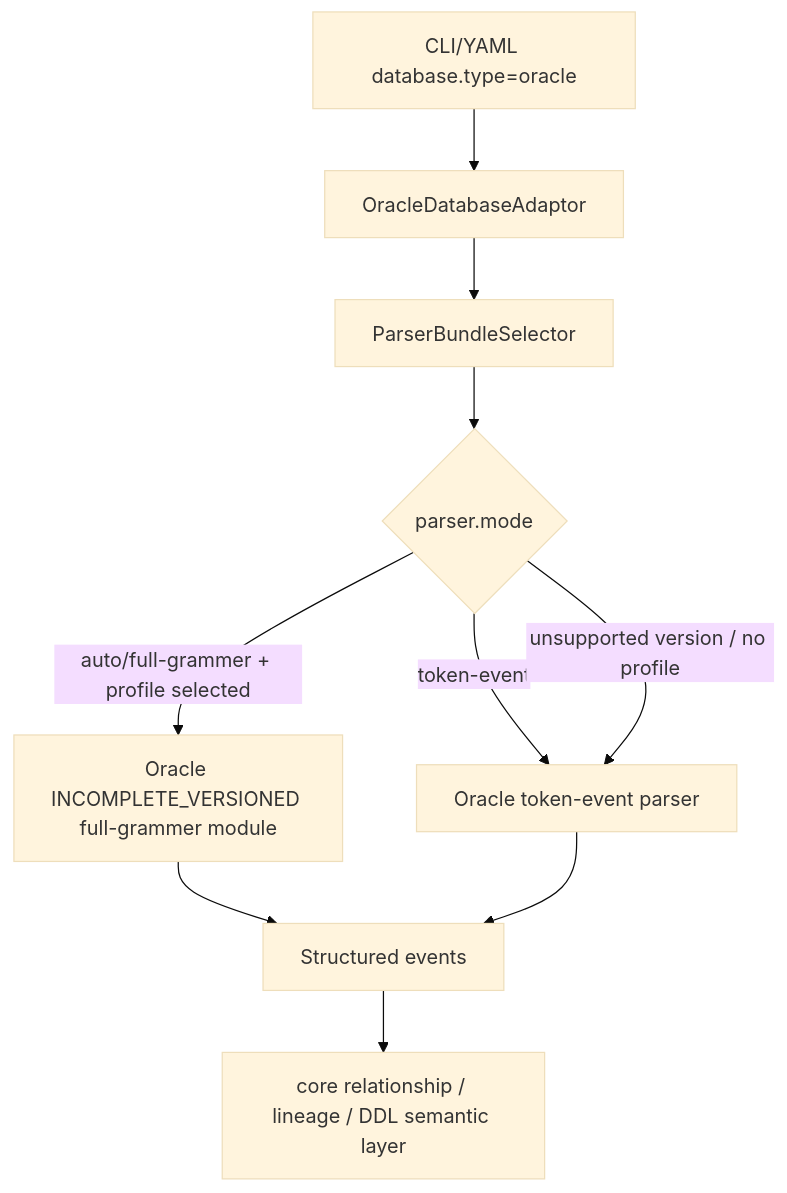
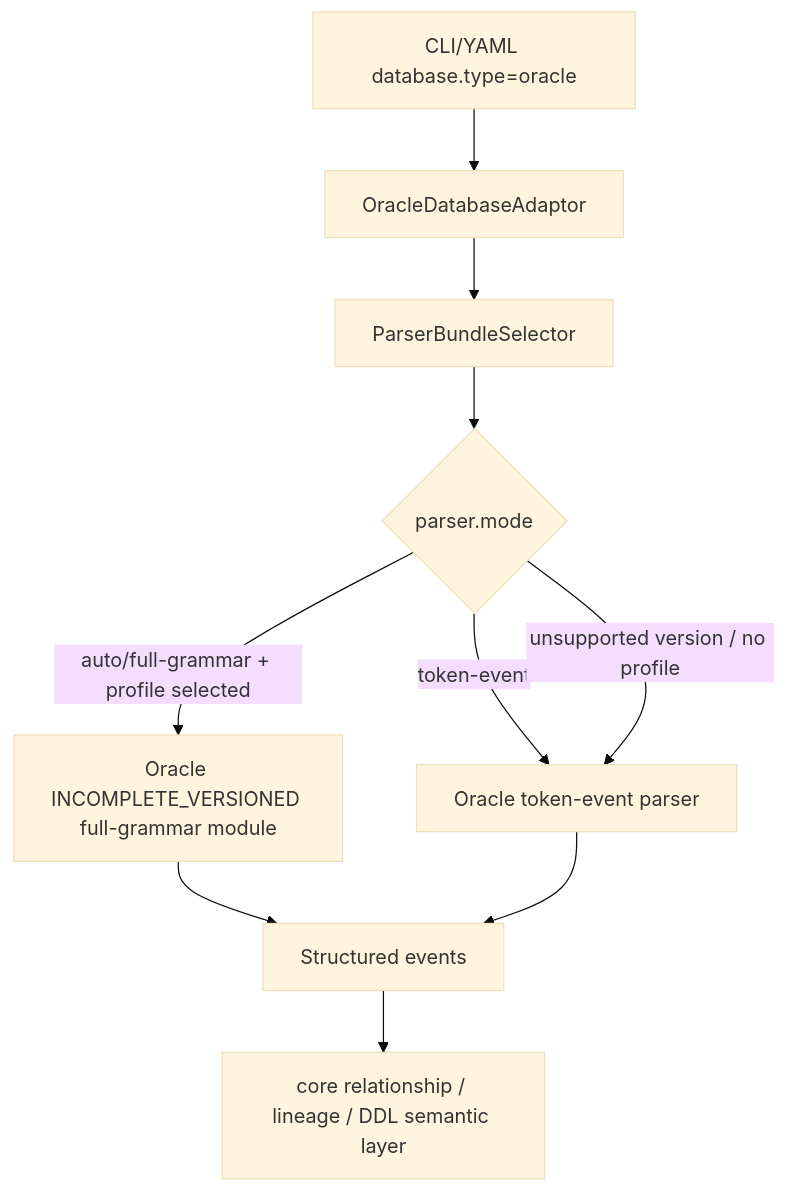
The diagram in docs/design/relation-detector/phase-09-oracle-adaptor.md (xiaoguang/relation-detector), drawn with Mermaid (base theme) before and after one commit. The commit also changed other lines of this file and 1716 other files, not shown here.

````diff
--- a/docs/design/relation-detector/phase-09-oracle-adaptor.md
+++ b/docs/design/relation-detector/phase-09-oracle-adaptor.md
@@ -136,12 +136,12 @@
 ```mermaid
 flowchart TD
   A["CLI/YAML database.type=oracle"] --> B["OracleDatabaseAdaptor"]
   B --> C["ParserBundleSelector"]
   C --> D{"parser.mode"}
 D -->|"token-event"| E["Oracle token-event parser"]
-D -->|"auto/full-grammer + profile selected"| F["Oracle INCOMPLETE_VERSIONED full-grammer module"]
+D -->|"auto/full-grammar + profile selected"| F["Oracle INCOMPLETE_VERSIONED full-grammar module"]
   D -->|"unsupported version / no profile"| E
   F --> G["Structured events"]
   E --> G
   G --> H["core relationship / lineage / DDL semantic layer"]
 ```
````
